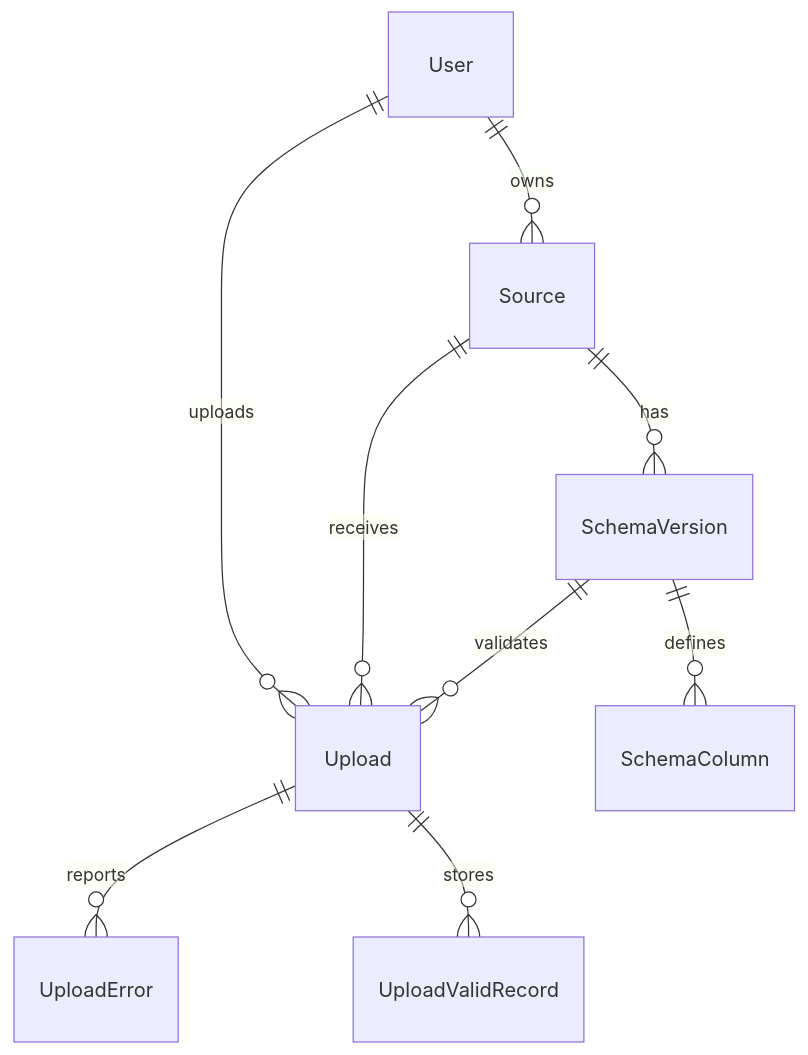
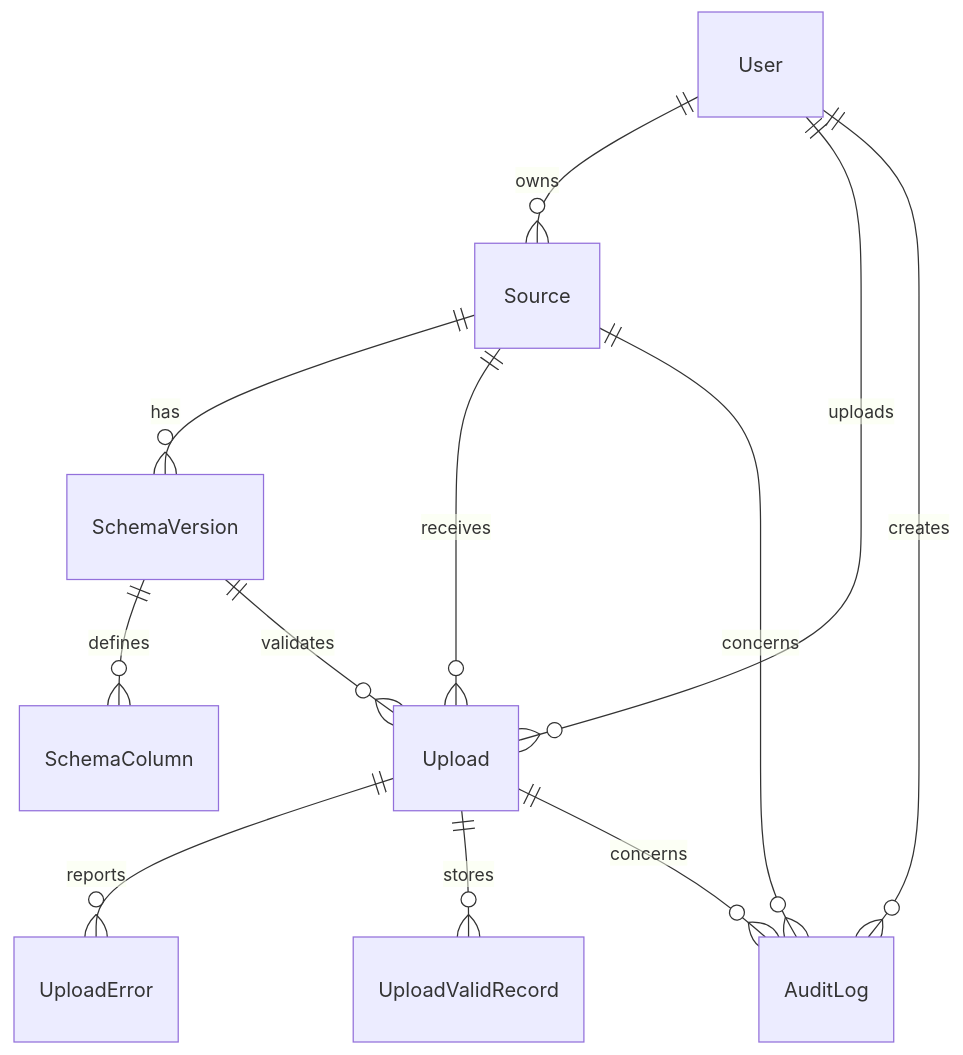
Before and after one commit to kyni225/Dataflow_CI: the second of 2 diagrams in DESIGN.md, drawn with Mermaid. The commit also changed other lines of this file, not shown here.

````diff
--- a/DESIGN.md
+++ b/DESIGN.md
@@ -49,11 +97,14 @@
 ```mermaid
 erDiagram
     User ||--o{ Source : owns
     User ||--o{ Upload : uploads
+    User ||--o{ AuditLog : creates
     Source ||--o{ SchemaVersion : has
     SchemaVersion ||--o{ SchemaColumn : defines
     Source ||--o{ Upload : receives
     SchemaVersion ||--o{ Upload : validates
     Upload ||--o{ UploadError : reports
     Upload ||--o{ UploadValidRecord : stores
+    Source ||--o{ AuditLog : concerns
+    Upload ||--o{ AuditLog : concerns
 ```
````
